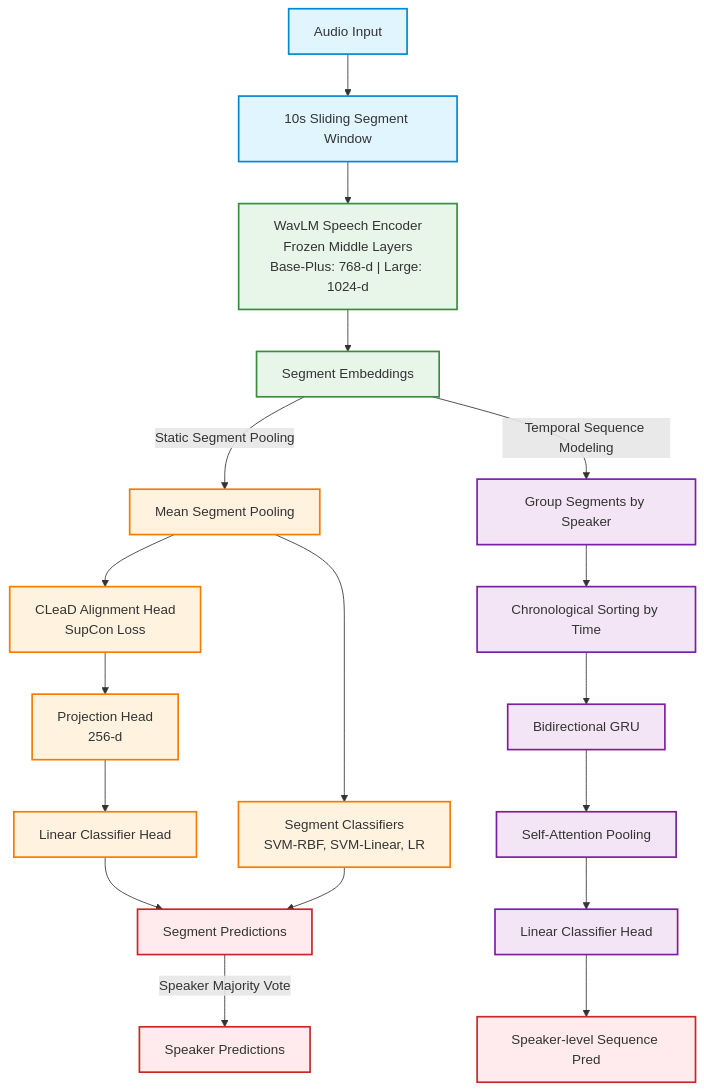
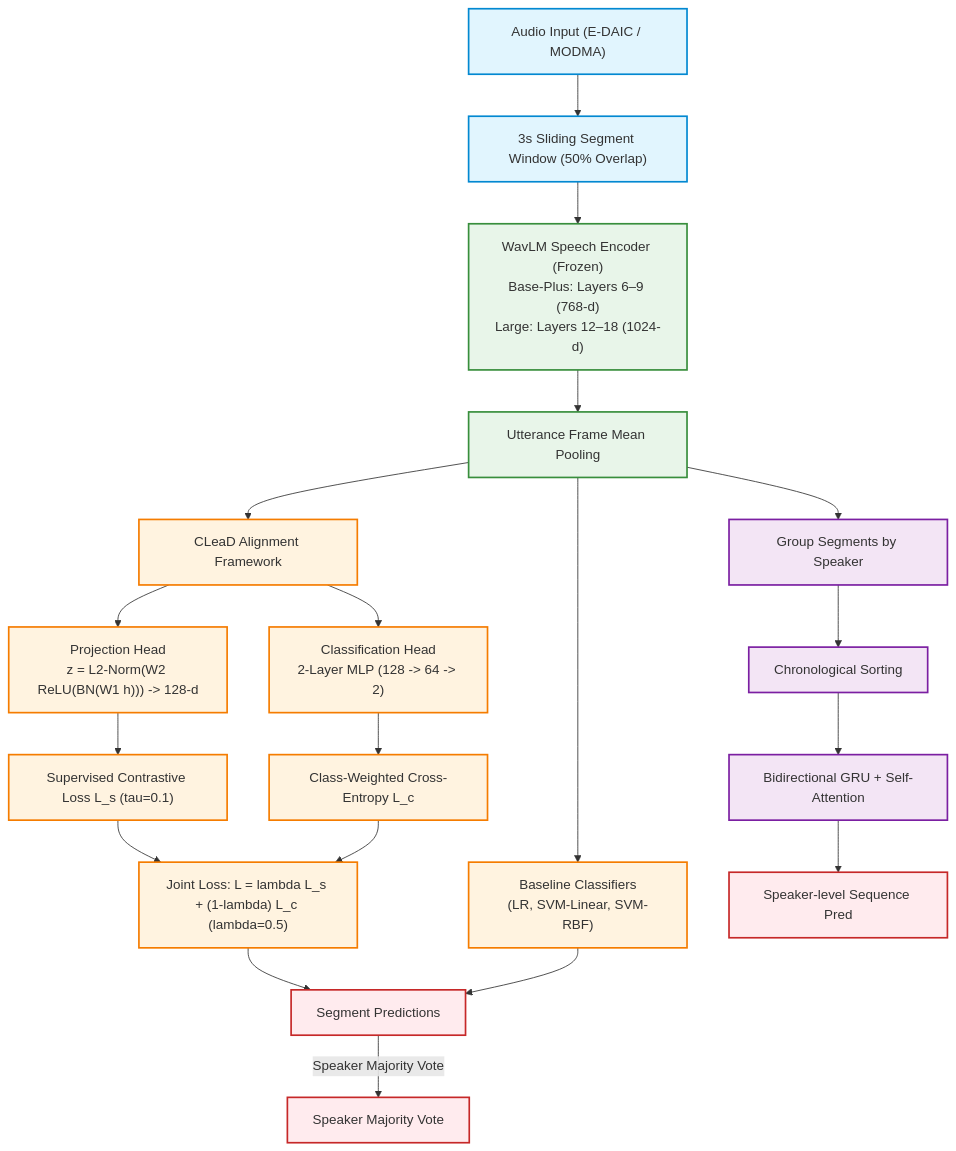
Before and after one commit to anishxa/wavLM_crosslingual_depressiondet_clead: the diagram in README.md, drawn with Mermaid. The commit also changed other lines of this file, not shown here.

Commit message:
docs: Update title and Mermaid diagram to 3s window and 128-d projection head matching paper specs

````diff
--- a/README.md
+++ b/README.md
@@ -7,36 +7,33 @@
 ```mermaid
 graph TD
     classDef default fill:#f9f9f9,stroke:#333,stroke-width:1px;
     classDef input fill:#e1f5fe,stroke:#0288d1,stroke-width:2px;
     classDef encoder fill:#e8f5e9,stroke:#388e3c,stroke-width:2px;
     classDef static fill:#fff3e0,stroke:#f57c00,stroke-width:2px;
     classDef sequence fill:#f3e5f5,stroke:#7b1fa2,stroke-width:2px;
     classDef output fill:#ffebee,stroke:#c62828,stroke-width:2px;
 
-    Audio["Audio Input"]:::input --> Seg["10s Sliding Segment Window"]:::input
-    Seg --> Encoder["WavLM Speech Encoder<br/>Frozen Middle Layers<br/>Base-Plus: 768-d | Large: 1024-d"]:::encoder
-    Encoder --> Embeds["Segment Embeddings"]:::encoder
+    Audio["Audio Input (E-DAIC / MODMA)"]:::input --> Seg["3s Sliding Segment Window (50% Overlap)"]:::input
+    Seg --> Encoder["WavLM Speech Encoder (Frozen)<br/>Base-Plus: Layers 6–9 (768-d)<br/>Large: Layers 12–18 (1024-d)"]:::encoder
+    Encoder --> MeanPool["Utterance Frame Mean Pooling"]:::encoder
 
-    Embeds --> |Static Segment Pooling| MeanPool["Mean Segment Pooling"]:::static
-    Embeds --> |Temporal Sequence Modeling| SpkGroup["Group Segments by Speaker"]:::sequence
+    MeanPool --> CLeaD["CLeaD Alignment Framework"]:::static
+    MeanPool --> Baselines["Baseline Classifiers<br/>(LR, SVM-Linear, SVM-RBF)"]:::static
+    MeanPool --> SpkGroup["Group Segments by Speaker"]:::sequence
 
-    %% Static Branch
-    MeanPool --> CLeaD["CLeaD Alignment Head<br/>SupCon Loss"]:::static
-    MeanPool --> ML_Classifiers["Segment Classifiers<br/>SVM-RBF, SVM-Linear, LR"]:::static
+    %% CLeaD Architecture
+    CLeaD --> ProjHead["Projection Head<br/>z = L2-Norm(W2 ReLU(BN(W1 h))) -> 128-d"]:::static
+    CLeaD --> ClassHead["Classification Head<br/>2-Layer MLP (128 -> 64 -> 2)"]:::static
+    ProjHead --> SupCon["Supervised Contrastive Loss L_s (tau=0.1)"]:::static
+    ClassHead --> CE["Class-Weighted Cross-Entropy L_c"]:::static
+    SupCon --> JointLoss["Joint Loss: L = lambda L_s + (1-lambda) L_c (lambda=0.5)"]:::static
+    CE --> JointLoss
 
-    CLeaD --> Proj["Projection Head<br/>256-d"]:::static
-    Proj --> LinClass["Linear Classifier Head"]:::static
+    JointLoss --> SegPreds["Segment Predictions"]:::output
+    Baselines --> SegPreds
+    SpkGroup --> Chrono["Chronological Sorting"]:::sequence
+    Chrono --> BiGRU["Bidirectional GRU + Self-Attention"]:::sequence
+    BiGRU --> SpeakerPreds["Speaker-level Sequence Pred"]:::output
 
-    LinClass --> SegPreds["Segment Predictions"]:::output
-    ML_Classifiers --> SegPreds
-
-    %% Sequence Branch
-    SpkGroup --> Chrono["Chronological Sorting by Time"]:::sequence
-    Chrono --> BiGRU["Bidirectional GRU"]:::sequence
-    BiGRU --> SelfAttn["Self-Attention Pooling"]:::sequence
-    SelfAttn --> LinSeqClass["Linear Classifier Head"]:::sequence
-    LinSeqClass --> SpeakerPreds["Speaker-level Sequence Pred"]:::output
-
-    %% Speaker Majority Vote
-    SegPreds --> |Speaker Majority Vote| Vote["Speaker Predictions"]:::output
+    SegPreds --> |Speaker Majority Vote| Vote["Speaker Majority Vote"]:::output
 ```
````
